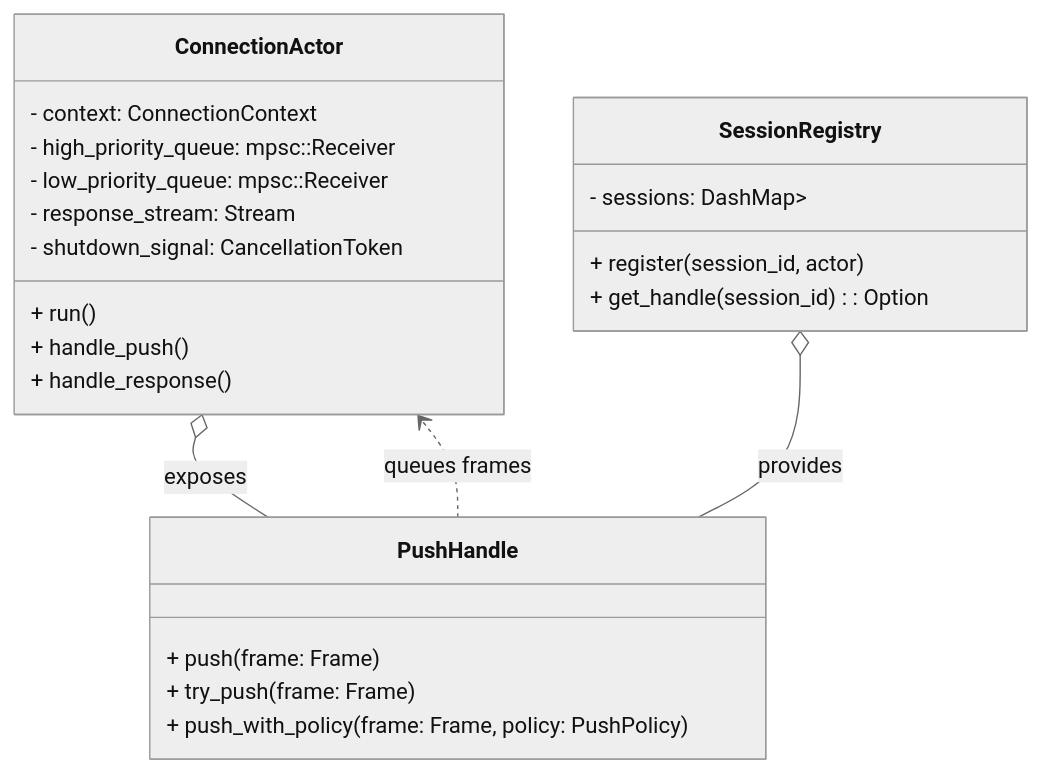
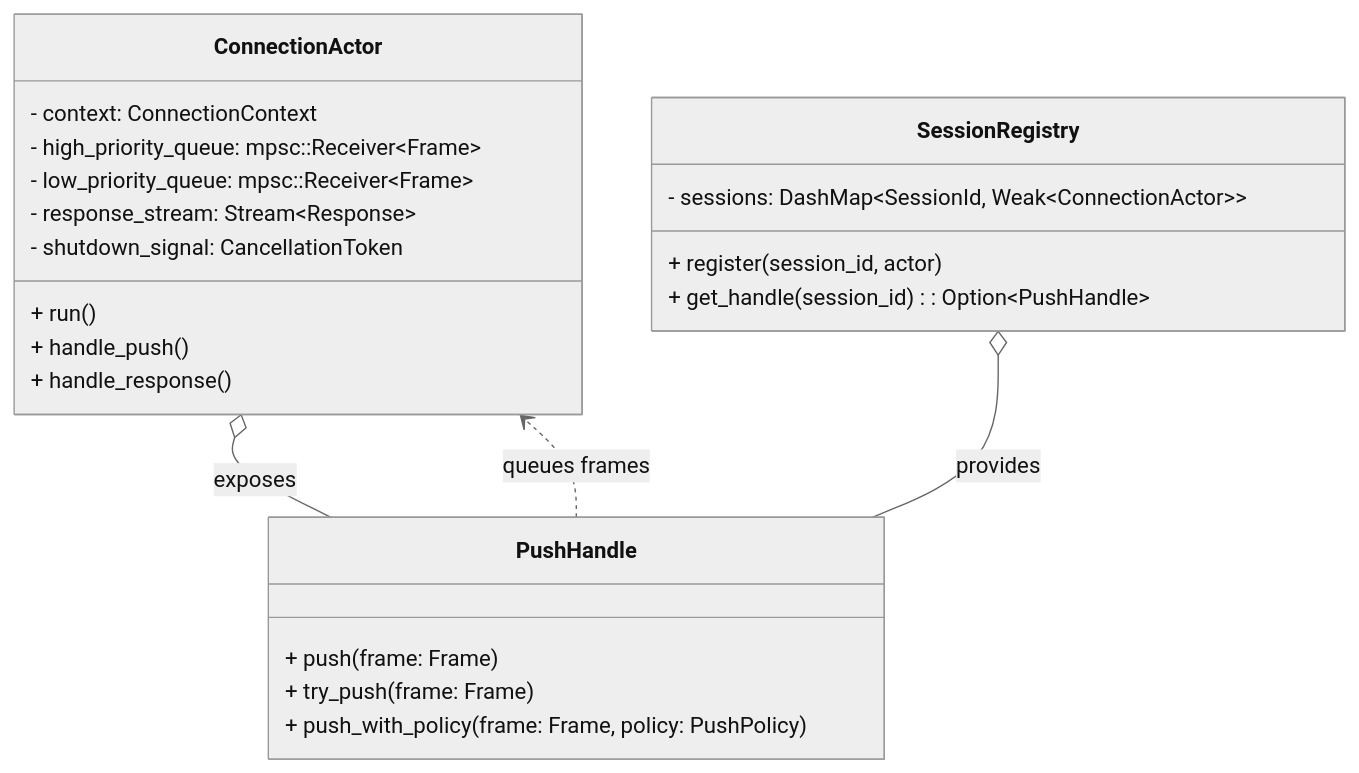
The first of 7 diagrams in docs/asynchronous-outbound-messaging-design.md (leynos/wireframe), drawn with Mermaid (neutral theme) before and after one commit. The commit also changed other lines of this file, not shown here.

````diff
--- a/docs/asynchronous-outbound-messaging-design.md
+++ b/docs/asynchronous-outbound-messaging-design.md
@@ -139,26 +139,26 @@
 ```mermaid
 classDiagram
     class ConnectionActor {
         - context: ConnectionContext
-        - high_priority_queue: mpsc::Receiver<Frame>
-        - low_priority_queue: mpsc::Receiver<Frame>
-        - response_stream: Stream<Response>
+        - high_priority_queue: mpsc::Receiver&lt;Frame&gt;
+        - low_priority_queue: mpsc::Receiver&lt;Frame&gt;
+        - response_stream: Stream&lt;Response&gt;
         - shutdown_signal: CancellationToken
         + run()
         + handle_push()
         + handle_response()
     }
     class PushHandle {
         + push(frame: Frame)
         + try_push(frame: Frame)
         + push_with_policy(frame: Frame, policy: PushPolicy)
     }
     class SessionRegistry {
-        - sessions: DashMap<SessionId, Weak<ConnectionActor>>
+        - sessions: DashMap&lt;SessionId, Weak&lt;ConnectionActor&gt;&gt;
         + register(session_id, actor)
-        + get_handle(session_id): Option<PushHandle>
+        + get_handle(session_id): Option&lt;PushHandle&gt;
     }
     ConnectionActor o-- PushHandle : exposes
     SessionRegistry o-- PushHandle : provides
     PushHandle ..> ConnectionActor : queues frames
 ```
````
